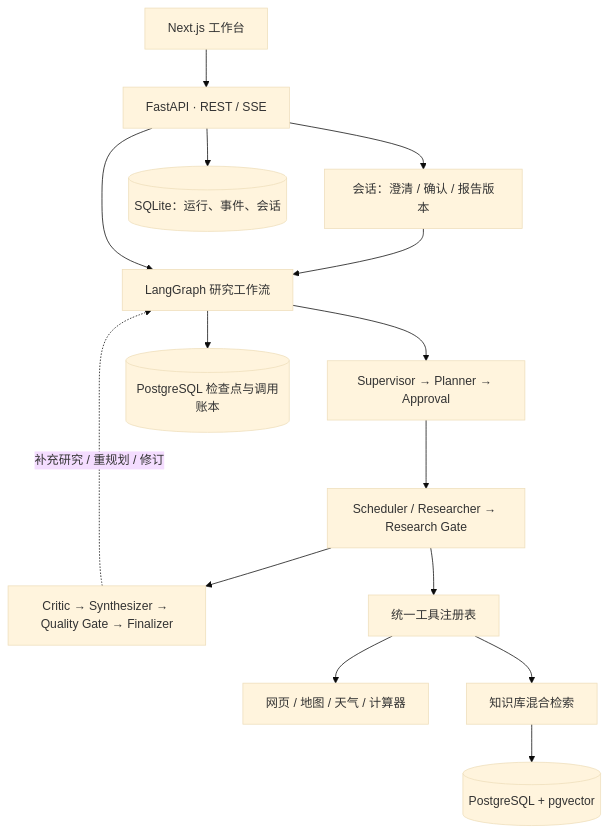
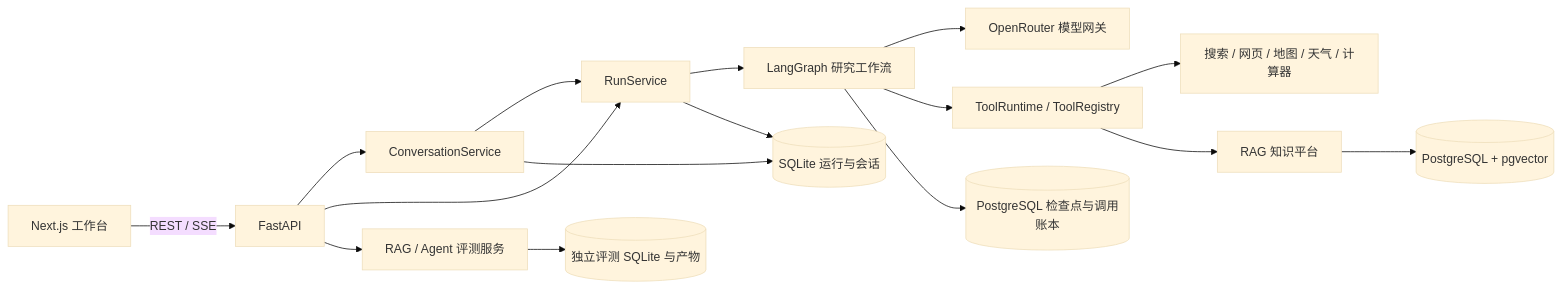
Before and after one commit to blank567/AtlasFlow_agent: the diagram in README.md, drawn with Mermaid (base theme). The commit also changed other lines of this file and 4 other files, not shown here.

````diff
--- a/README.md
+++ b/README.md
@@ -20,17 +24,18 @@
 ```mermaid
-flowchart TD
-    UI[Next.js 工作台] --> API[FastAPI · REST / SSE]
-    API --> Conversation[会话：澄清 / 确认 / 报告版本]
-    Conversation --> Workflow
-    API --> Workflow[LangGraph 研究工作流]
-    Workflow --> Plan[Supervisor → Planner → Approval]
-    Plan --> Research[Scheduler / Researcher → Research Gate]
-    Research --> Review[Critic → Synthesizer → Quality Gate → Finalizer]
-    Review -. 补充研究 / 重规划 / 修订 .-> Workflow
-    Research --> Tools[统一工具注册表]
-    Tools --> Web[网页 / 地图 / 天气 / 计算器]
-    Tools --> RAG[知识库混合检索]
+flowchart LR
+    UI[Next.js 工作台] -->|REST / SSE| API[FastAPI]
+    API --> CS[ConversationService]
+    API --> RS[RunService]
+    CS --> RS
+    RS --> Graph[LangGraph 研究工作流]
+    Graph --> Model[OpenRouter 模型网关]
+    Graph --> Tools[ToolRuntime / ToolRegistry]
+    Tools --> External[搜索 / 网页 / 地图 / 天气 / 计算器]
+    Tools --> RAG[RAG 知识平台]
     RAG --> PG[(PostgreSQL + pgvector)]
-    Workflow --> Checkpoint[(PostgreSQL 检查点与调用账本)]
-    API --> SQLite[(SQLite：运行、事件、会话)]
+    Graph --> Exec[(PostgreSQL 检查点与调用账本)]
+    CS --> DB[(SQLite 运行与会话)]
+    RS --> DB
+    API --> Eval[RAG / Agent 评测服务]
+    Eval --> EvalDB[(独立评测 SQLite 与产物)]
 ```
````
